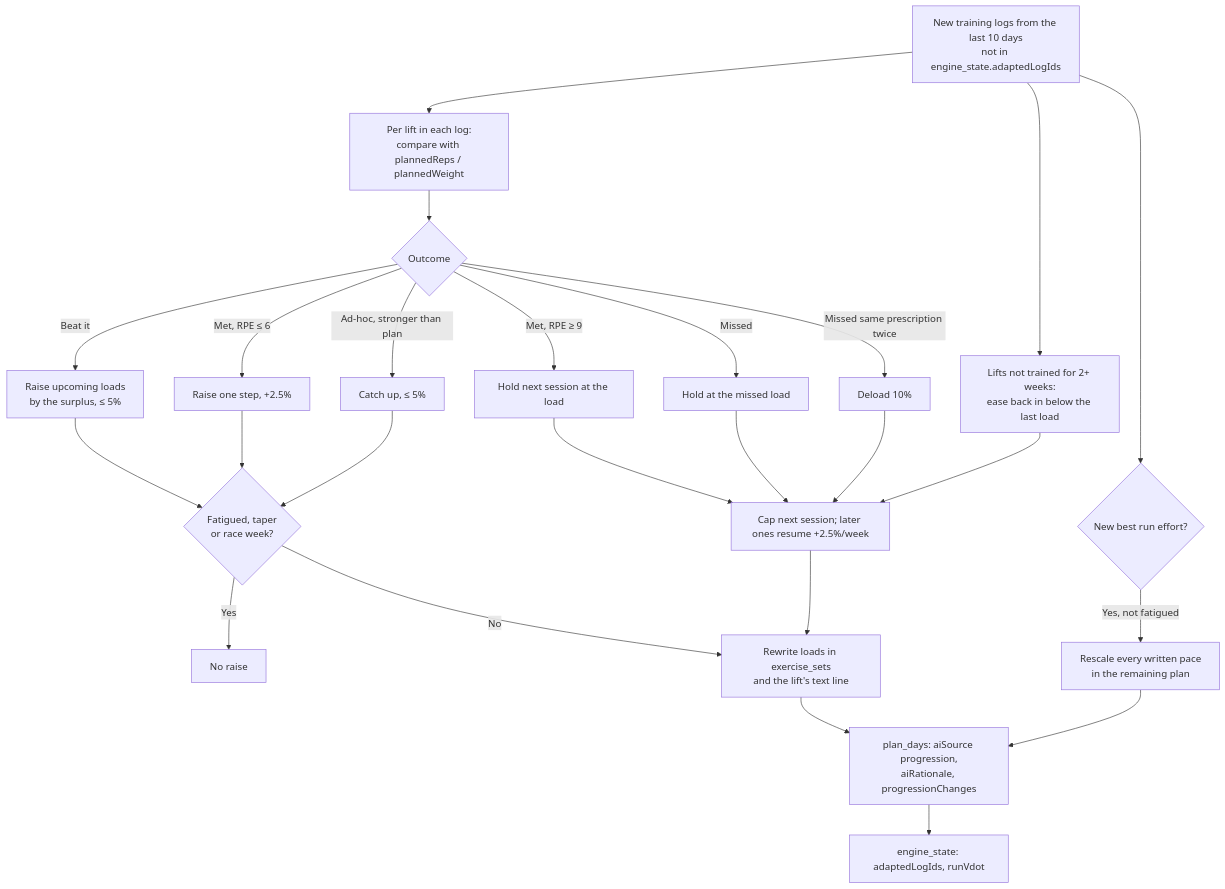
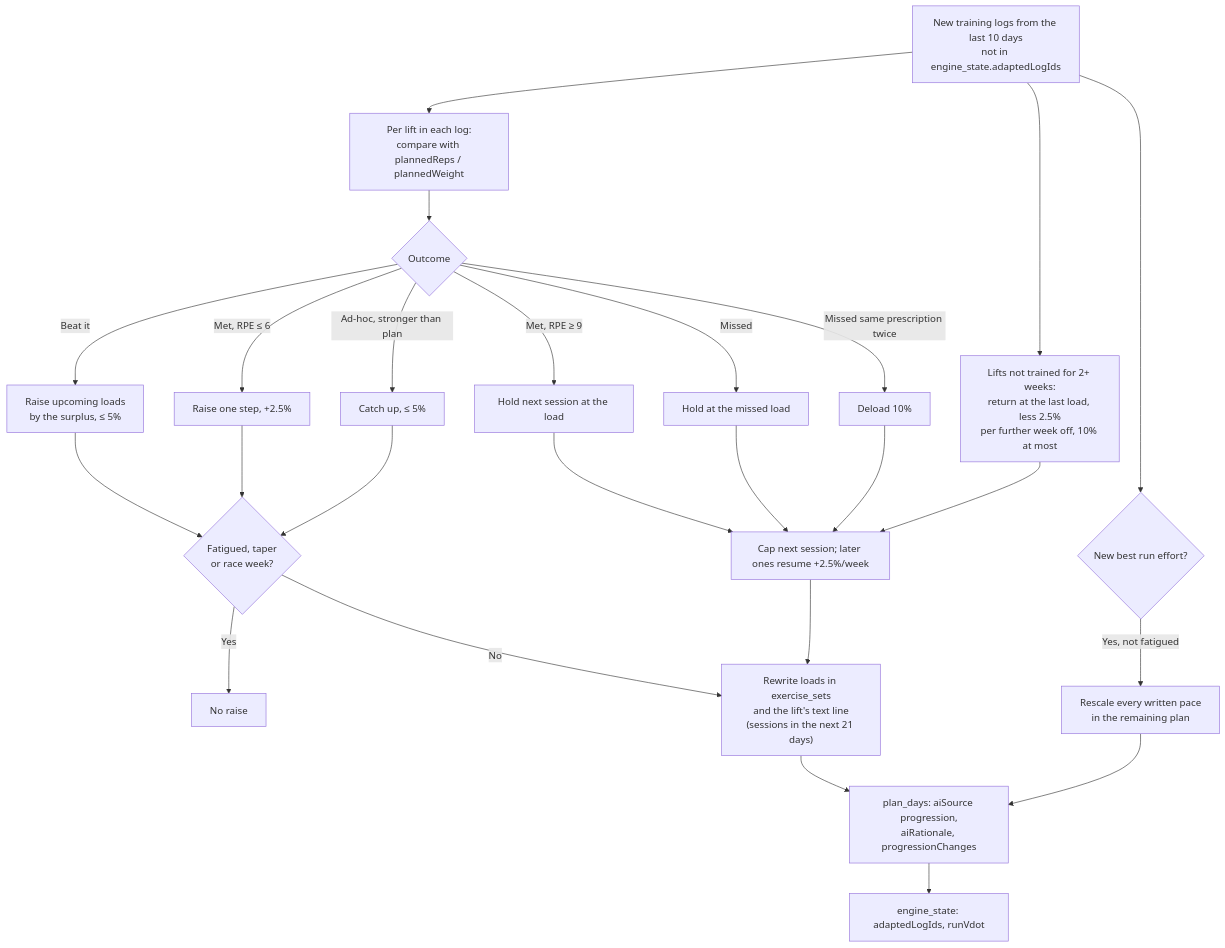
Before and after one commit to daler91/Hyrox-Companion: the fifth of 5 diagrams in docs/ai-coach-auto-regulation-flow.md, drawn with Mermaid. The commit also changed other lines of this file and 5 other files, not shown here.

First line of the commit message:
Docs: weekly-review spec, auto-regulation flow and mobile docs, deep-pass checkpoint

````diff
--- a/docs/ai-coach-auto-regulation-flow.md
+++ b/docs/ai-coach-auto-regulation-flow.md
@@ -267,23 +283,23 @@
 ```mermaid
 flowchart TD
     A["New training logs from the last 10 days<br/>not in engine_state.adaptedLogIds"] --> B["Per lift in each log:<br/>compare with plannedReps / plannedWeight"]
     B --> C{"Outcome"}
     C -- "Beat it" --> R1["Raise upcoming loads<br/>by the surplus, ≤ 5%"]
     C -- "Met, RPE ≤ 6" --> R2["Raise one step, +2.5%"]
     C -- "Met, RPE ≥ 9" --> H1["Hold next session at the load"]
     C -- "Missed" --> H2["Hold at the missed load"]
     C -- "Missed same prescription twice" --> D1["Deload 10%"]
     C -- "Ad-hoc, stronger than plan" --> R3["Catch up, ≤ 5%"]
     R1 & R2 & R3 --> G{"Fatigued, taper<br/>or race week?"}
     G -- "Yes" --> N1["No raise"]
-    G -- "No" --> W["Rewrite loads in exercise_sets<br/>and the lift's text line"]
+    G -- "No" --> W["Rewrite loads in exercise_sets<br/>and the lift's text line<br/>(sessions in the next 21 days)"]
     H1 & H2 & D1 --> W2["Cap next session; later ones resume +2.5%/week"]
     W2 --> W
-    A --> BR["Lifts not trained for 2+ weeks:<br/>ease back in below the last load"]
+    A --> BR["Lifts not trained for 2+ weeks:<br/>return at the last load, less 2.5%<br/>per further week off, 10% at most"]
     BR --> W2
     A --> RUN{"New best run effort?"}
     RUN -- "Yes, not fatigued" --> P["Rescale every written pace<br/>in the remaining plan"]
     W --> Z["plan_days: aiSource progression,<br/>aiRationale, progressionChanges"]
     P --> Z
     Z --> S["engine_state: adaptedLogIds, runVdot"]
 ```
````
